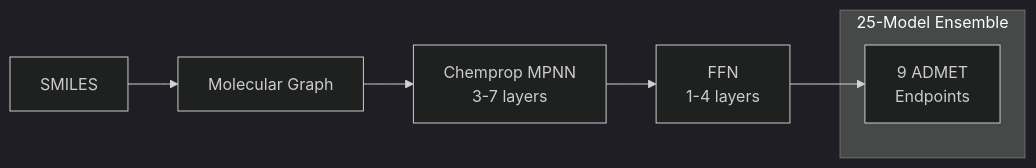
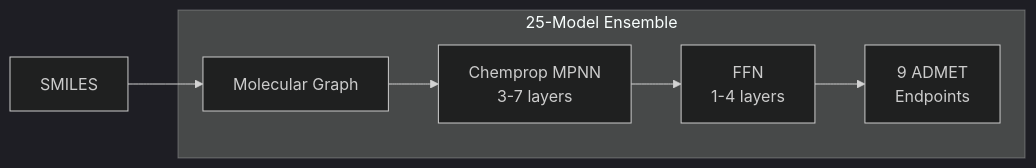
Before and after one commit to alec-glisman/OpenADMET-ExpansionRx-Blind-Challenge: the first of 2 diagrams in README.md, drawn with Mermaid (dark theme). The commit also changed other lines of this file and 7 other files, not shown here.

````diff
--- a/README.md
+++ b/README.md
@@ -14,11 +16,11 @@
 ```mermaid
 flowchart LR
     A[SMILES] --> B[Molecular Graph]
+
+    subgraph Ensemble["25-Model Ensemble"]
     B --> C[Chemprop MPNN<br/>3-7 layers]
     C --> D[FFN<br/>1-4 layers]
     D --> E[9 ADMET<br/>Endpoints]
-
-    subgraph Ensemble["25-Model Ensemble"]
     E
     end
 ```
````
